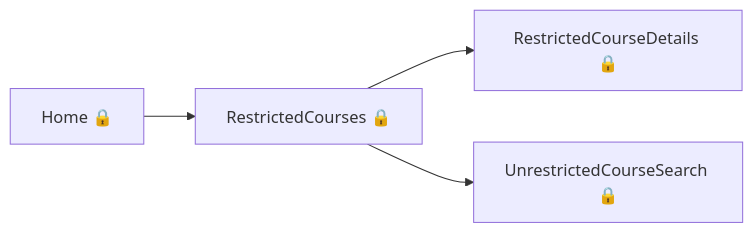
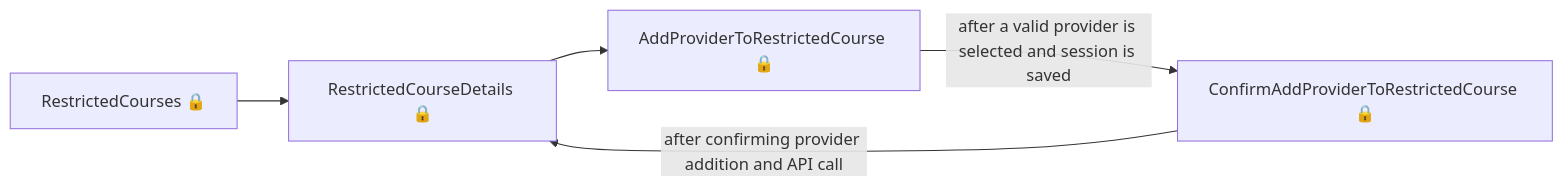
One commit to talentconsulting/atlas-dfe changed the fourth of 15 diagrams in das-admin-roatp-web/user-journeys/user-journeys.md. Above: the diagram before and after it, drawn with Mermaid. The commit also changed other lines of this file and 36 other files, not shown here.

````diff
--- a/das-admin-roatp-web/user-journeys/user-journeys.md
+++ b/das-admin-roatp-web/user-journeys/user-journeys.md
@@ -73,6 +49,7 @@
 ```mermaid
 flowchart LR
-  p0["Home 🔒"] --> p1["RestrictedCourses 🔒"]
-  p1["RestrictedCourses 🔒"] --> p2["RestrictedCourseDetails 🔒"]
-  p1["RestrictedCourses 🔒"] --> p3["UnrestrictedCourseSearch 🔒"]
+  p0["RestrictedCourses 🔒"] --> p1["RestrictedCourseDetails 🔒"]
+  p1["RestrictedCourseDetails 🔒"] --> p2["AddProviderToRestrictedCourse 🔒"]
+  p2["AddProviderToRestrictedCourse 🔒"] -->|"after a valid provider is selected and session is saved"| p3["ConfirmAddProviderToRestrictedCourse 🔒"]
+  p3["ConfirmAddProviderToRestrictedCourse 🔒"] -->|"after confirming provider addition and API call"| p1["RestrictedCourseDetails 🔒"]
 ```
````
